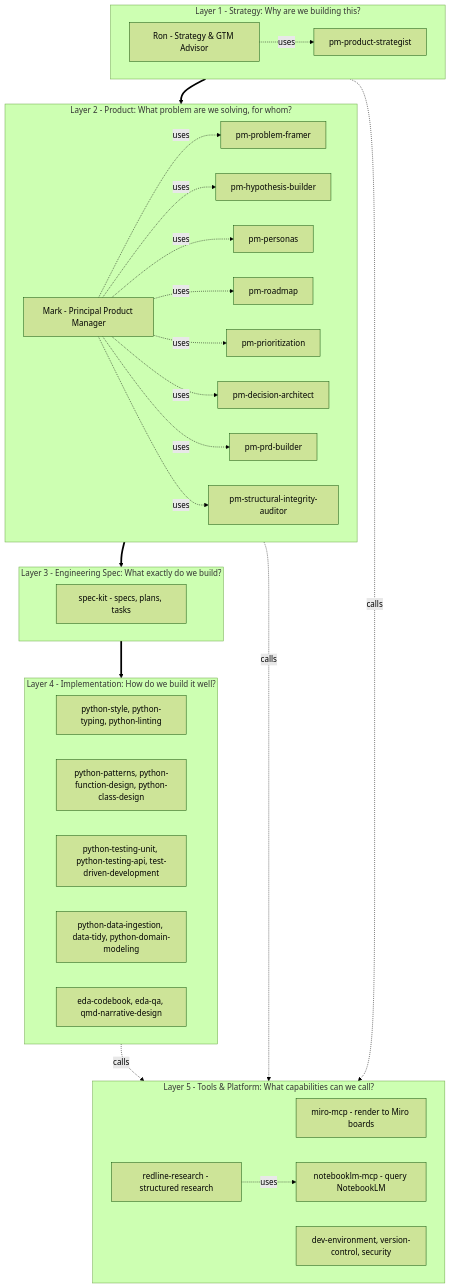
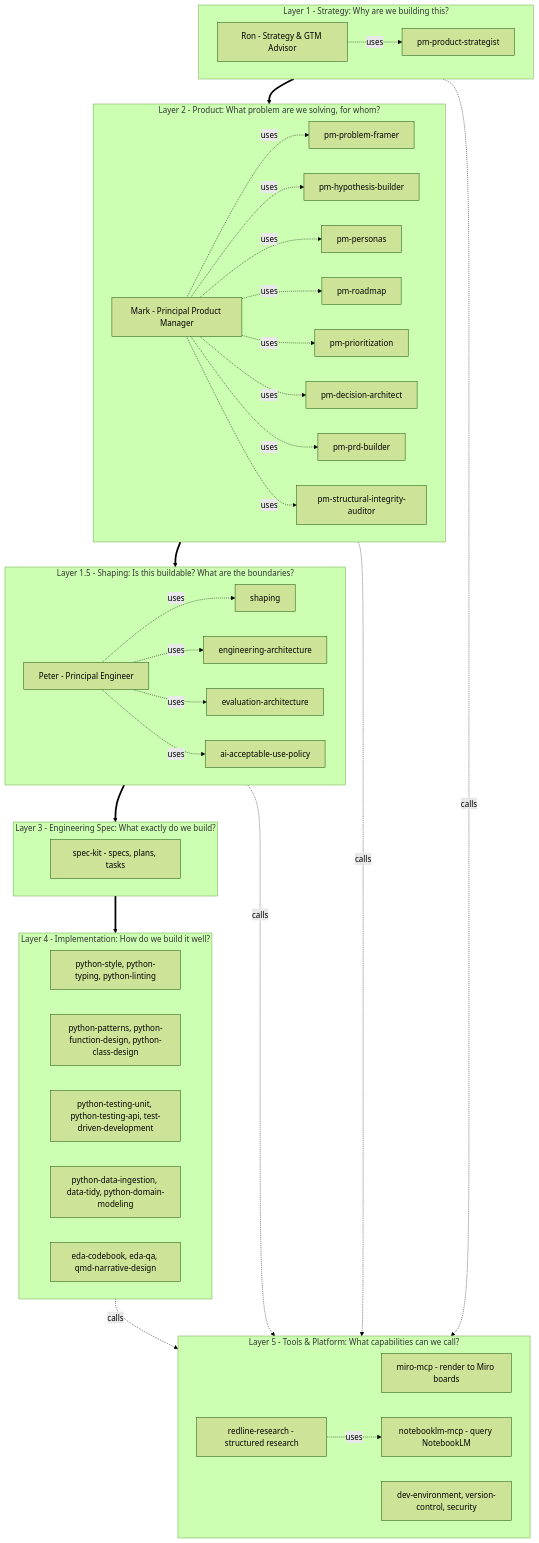
One commit to redmarklogic/redline changed the diagram in docs/architecture/skills-architecture.md. Above: the diagram before and after it, drawn with Mermaid (forest theme). The commit also changed other lines of this file and 8 other files, not shown here.

Commit message:
docs(org): integrate Peter into org docs, skills architecture, and file authority dirs

````diff
--- a/docs/architecture/skills-architecture.md
+++ b/docs/architecture/skills-architecture.md
@@ -31,55 +31,69 @@
 ```mermaid
 flowchart TD
     subgraph L1[Layer 1 - Strategy: Why are we building this?]
         Ron[Ron - Strategy & GTM Advisor]
         ProdStrat[pm-product-strategist]
         Ron -.uses.-> ProdStrat
     end
 
     subgraph L2[Layer 2 - Product: What problem are we solving, for whom?]
         Mark[Mark - Principal Product Manager]
         Framer[pm-problem-framer]
         Hyp[pm-hypothesis-builder]
         Personas[pm-personas]
         Roadmap[pm-roadmap]
         Prio[pm-prioritization]
         Decision[pm-decision-architect]
         PRD[pm-prd-builder]
         Audit[pm-structural-integrity-auditor]
         Mark -.uses.-> Framer
         Mark -.uses.-> Hyp
         Mark -.uses.-> Personas
         Mark -.uses.-> Roadmap
         Mark -.uses.-> Prio
         Mark -.uses.-> Decision
         Mark -.uses.-> PRD
         Mark -.uses.-> Audit
     end
 
+    subgraph L15[Layer 1.5 - Shaping: Is this buildable? What are the boundaries?]
+        Peter[Peter - Principal Engineer]
+        Shaping[shaping]
+        EngArch[engineering-architecture]
+        EvalArch[evaluation-architecture]
+        AIPolicy[ai-acceptable-use-policy]
+        Peter -.uses.-> Shaping
+        Peter -.uses.-> EngArch
+        Peter -.uses.-> EvalArch
+        Peter -.uses.-> AIPolicy
+    end
+
     subgraph L3[Layer 3 - Engineering Spec: What exactly do we build?]
         SpecKit[spec-kit - specs, plans, tasks]
     end
 
     subgraph L4[Layer 4 - Implementation: How do we build it well?]
         Style[python-style, python-typing, python-linting]
         Patterns[python-patterns, python-function-design, python-class-design]
         Testing[python-testing-unit, python-testing-api, test-driven-development]
         Data[python-data-ingestion, data-tidy, python-domain-modeling]
         Reporting[eda-codebook, eda-qa, qmd-narrative-design]
     end
 
     subgraph L5[Layer 5 - Tools & Platform: What capabilities can we call?]
         Miro[miro-mcp - render to Miro boards]
         Notebook[notebooklm-mcp - query NotebookLM]
         Research[redline-research - structured research]
         DevEnv[dev-environment, version-control, security]
         Research -.uses.-> Notebook
     end
 
     L1 ==> L2
-    L2 ==> L3
+    L2 ==> L15
+    L15 ==> L3
     L3 ==> L4
     L4 -.calls.-> L5
     L2 -.calls.-> L5
+    L15 -.calls.-> L5
     L1 -.calls.-> L5
 ```
````
